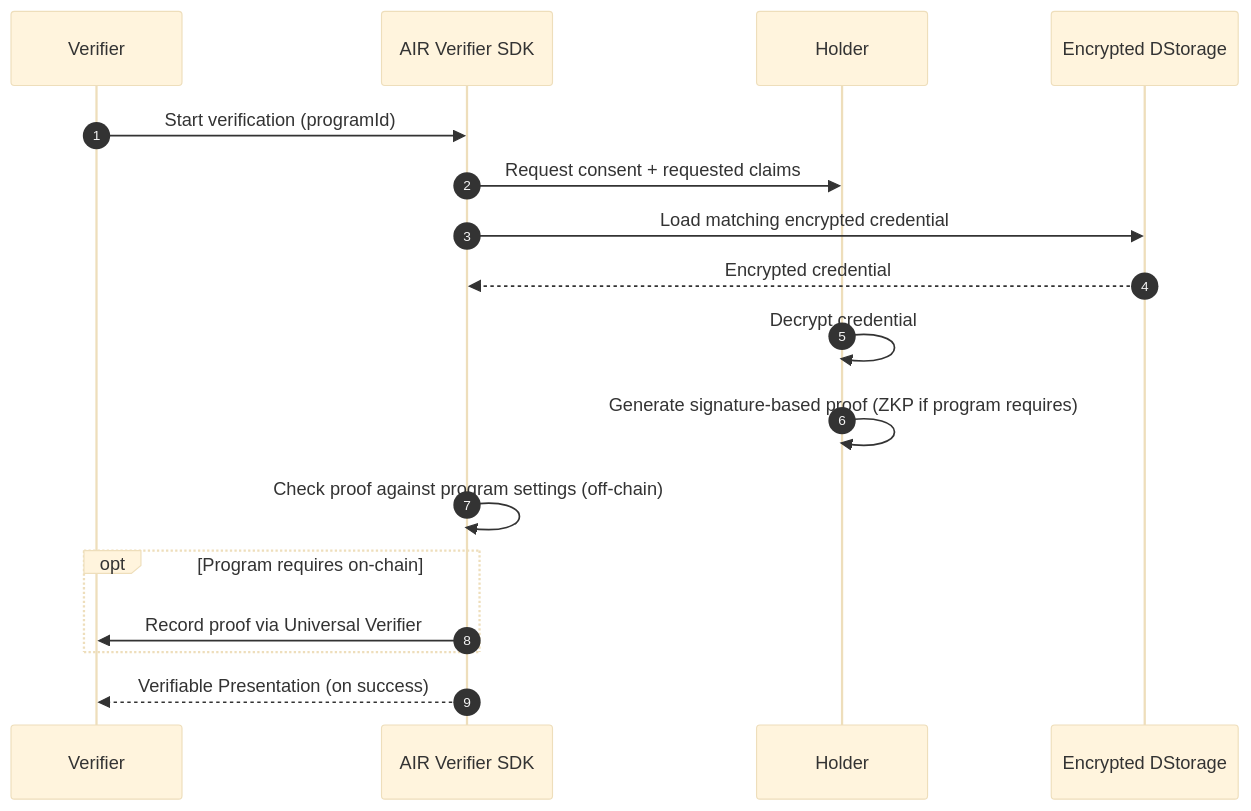
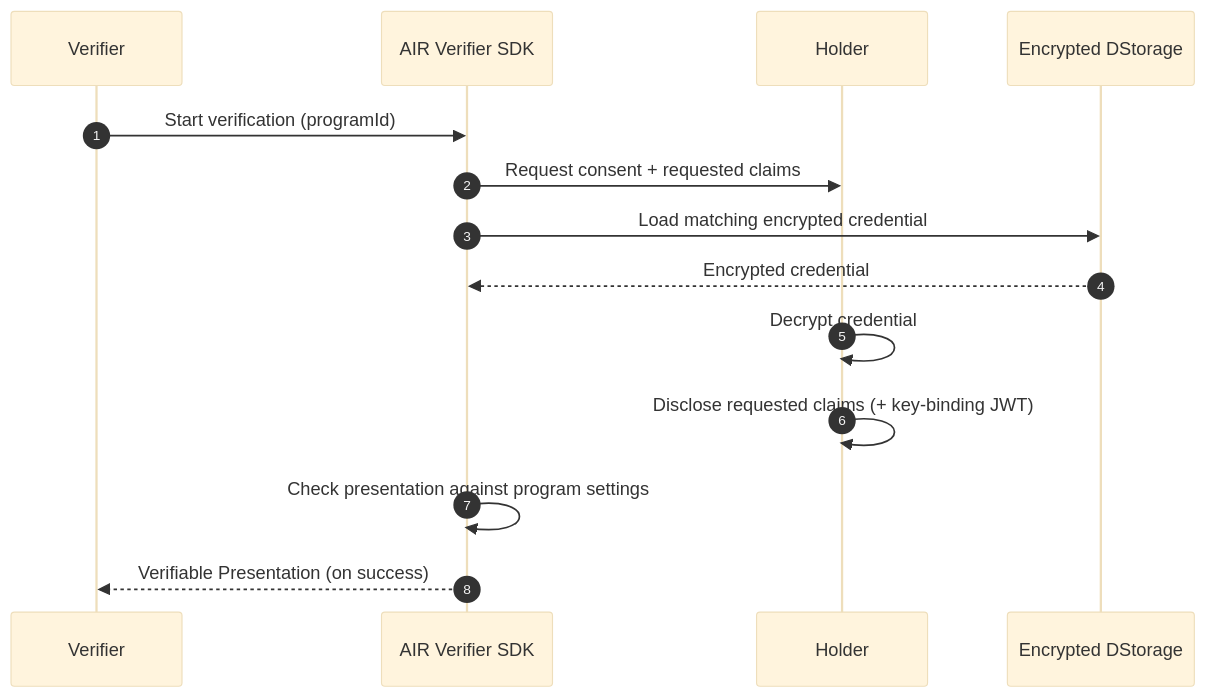
Before and after one commit to 0xmythril/docs: the diagram in airkit/usage/credential/verify.mdx, drawn with Mermaid (base theme). The commit also changed other lines of this file and 53 other files, not shown here.

````diff
--- a/airkit/usage/credential/verify.mdx
+++ b/airkit/usage/credential/verify.mdx
@@ -16,19 +18,16 @@
 ```mermaid
 sequenceDiagram
     autonumber
     participant Verifier
     participant SDK as AIR Verifier SDK
     participant User as Holder
     participant DS as Encrypted DStorage
     Verifier->>SDK: Start verification (programId)
     SDK->>User: Request consent + requested claims
     SDK->>DS: Load matching encrypted credential
     DS-->>SDK: Encrypted credential
     User->>User: Decrypt credential
-    User->>User: Generate signature-based proof (ZKP if program requires)
-    SDK->>SDK: Check proof against program settings (off-chain)
-    opt Program requires on-chain
-        SDK->>Verifier: Record proof via Universal Verifier
-    end
+    User->>User: Disclose requested claims (+ key-binding JWT)
+    SDK->>SDK: Check presentation against program settings
     SDK-->>Verifier: Verifiable Presentation (on success)
 ```
````
